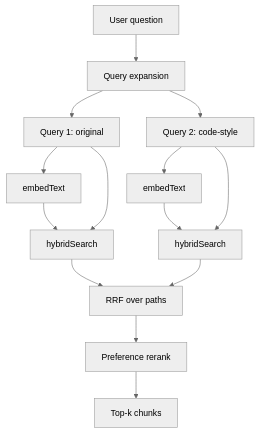
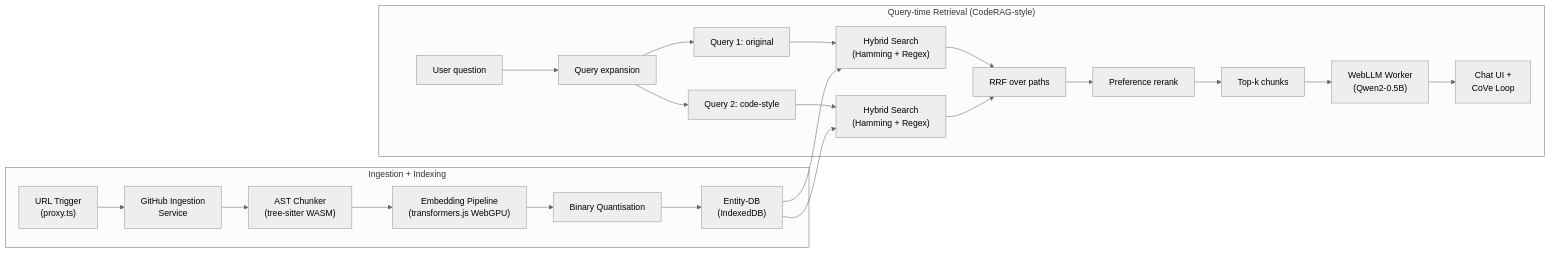
The diagram in README.md (FloareDor/gitask), drawn with Mermaid (neutral theme) before and after one commit. The commit also changed other lines of this file, not shown here.

Commit message:
chore(readme): unify diagrams and add inspired-by refs

````diff
--- a/README.md
+++ b/README.md
@@ -15,16 +9,26 @@
 ```mermaid
-flowchart TB
-  Q[User question] --> QE[Query expansion]
-  QE --> Q1[Query 1: original]
-  QE --> Q2[Query 2: code-style]
-  Q1 --> E1[embedText]
-  Q2 --> E2[embedText]
-  E1 --> H1[hybridSearch]
-  E2 --> H2[hybridSearch]
-  Q1 --> H1
-  Q2 --> H2
-  H1 --> RRF[RRF over paths]
-  H2 --> RRF
-  RRF --> Pref[Preference rerank]
-  Pref --> Top[Top-k chunks]
+flowchart LR
+  subgraph Build["Ingestion + Indexing"]
+    A["URL Trigger<br/>(proxy.ts)"] --> B["GitHub Ingestion<br/>Service"]
+    B --> C["AST Chunker<br/>(tree-sitter WASM)"]
+    C --> D["Embedding Pipeline<br/>(transformers.js WebGPU)"]
+    D --> E["Binary Quantisation"]
+    E --> F["Entity-DB<br/>(IndexedDB)"]
+  end
+
+  subgraph Query["Query-time Retrieval (CodeRAG-style)"]
+    Q["User question"] --> QE["Query expansion"]
+    QE --> Q1["Query 1: original"]
+    QE --> Q2["Query 2: code-style"]
+    Q1 --> H1["Hybrid Search<br/>(Hamming + Regex)"]
+    Q2 --> H2["Hybrid Search<br/>(Hamming + Regex)"]
+    F --> H1
+    F --> H2
+    H1 --> RRF["RRF over paths"]
+    H2 --> RRF
+    RRF --> Pref["Preference rerank"]
+    Pref --> Top["Top-k chunks"]
+    Top --> I["WebLLM Worker<br/>(Qwen2-0.5B)"]
+    I --> J["Chat UI +<br/>CoVe Loop"]
+  end
 ```
````
